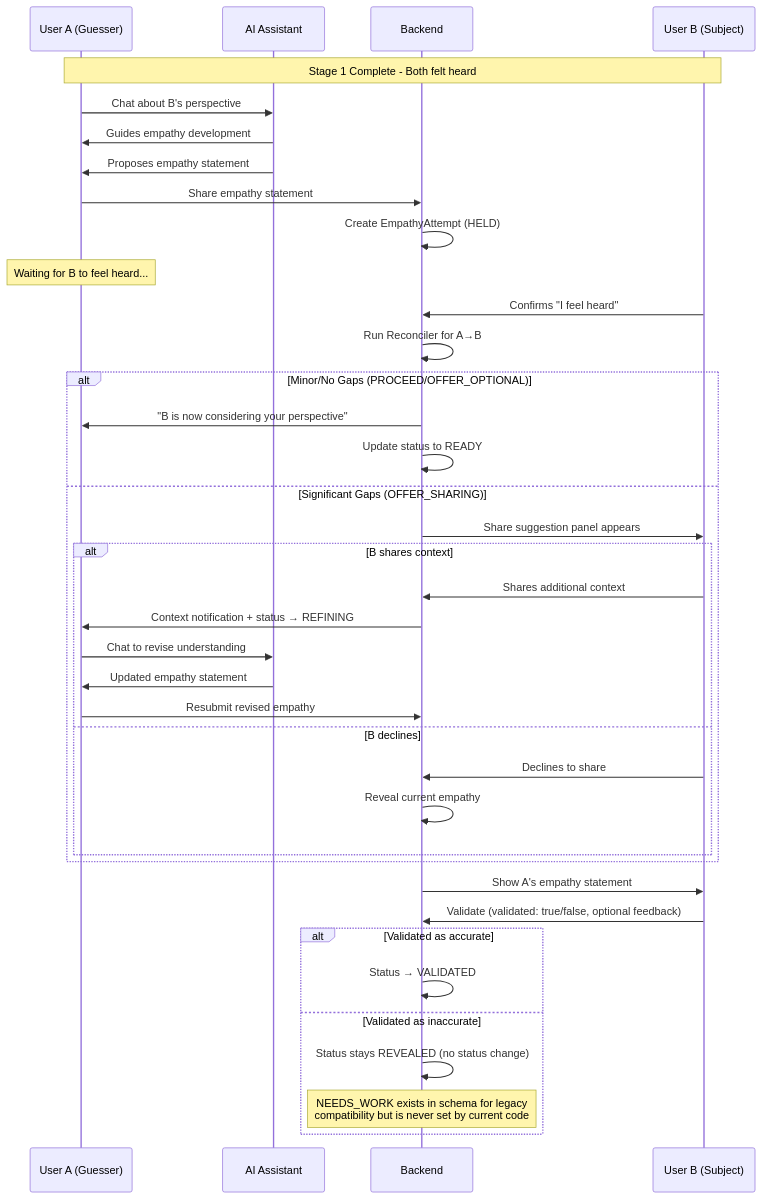
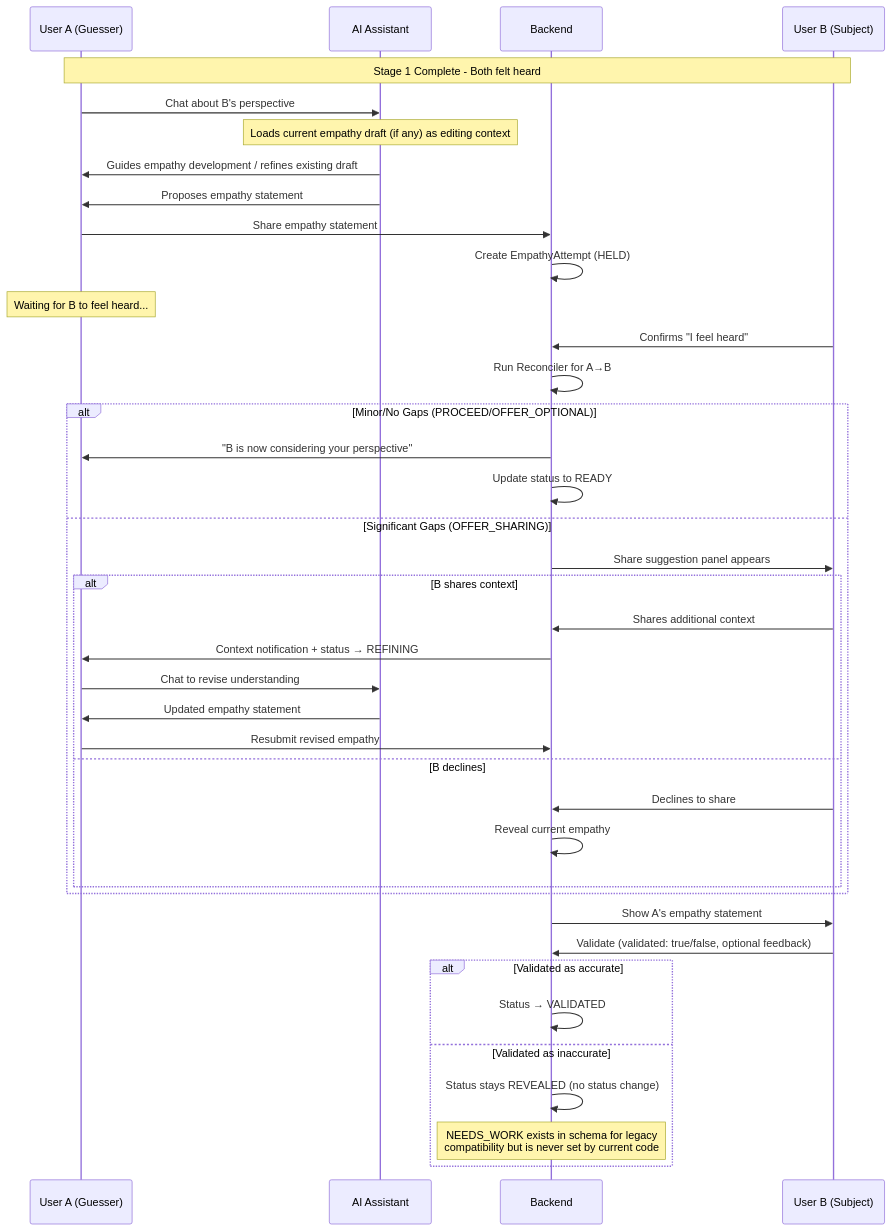
Before and after one commit to shantamg/meet-without-fear: the fifth of 8 diagrams in docs/backend/reconciler-flow.md, drawn with Mermaid. The commit also changed other lines of this file and 4 other files, not shown here.

````diff
--- a/docs/backend/reconciler-flow.md
+++ b/docs/backend/reconciler-flow.md
@@ -202,48 +202,49 @@
 ```mermaid
 sequenceDiagram
     participant A as User A (Guesser)
     participant AI as AI Assistant
     participant System as Backend
     participant B as User B (Subject)
 
     Note over A,B: Stage 1 Complete - Both felt heard
 
     A->>AI: Chat about B's perspective
-    AI->>A: Guides empathy development
+    Note over AI: Loads current empathy draft (if any) as editing context
+    AI->>A: Guides empathy development / refines existing draft
     AI->>A: Proposes empathy statement
 
     A->>System: Share empathy statement
     System->>System: Create EmpathyAttempt (HELD)
 
     Note over A: Waiting for B to feel heard...
 
     B->>System: Confirms "I feel heard"
     System->>System: Run Reconciler for A→B
 
     alt Minor/No Gaps (PROCEED/OFFER_OPTIONAL)
         System->>A: "B is now considering your perspective"
         System->>System: Update status to READY
     else Significant Gaps (OFFER_SHARING)
         System->>B: Share suggestion panel appears
         alt B shares context
             B->>System: Shares additional context
             System->>A: Context notification + status → REFINING
             A->>AI: Chat to revise understanding
             AI->>A: Updated empathy statement
             A->>System: Resubmit revised empathy
         else B declines
             B->>System: Declines to share
             System->>System: Reveal current empathy
         end
     end
 
     System->>B: Show A's empathy statement
     B->>System: Validate (validated: true/false, optional feedback)
 
     alt Validated as accurate
         System->>System: Status → VALIDATED
     else Validated as inaccurate
         System->>System: Status stays REVEALED (no status change)
         Note over System: NEEDS_WORK exists in schema for legacy<br/>compatibility but is never set by current code
     end
 ```
````
